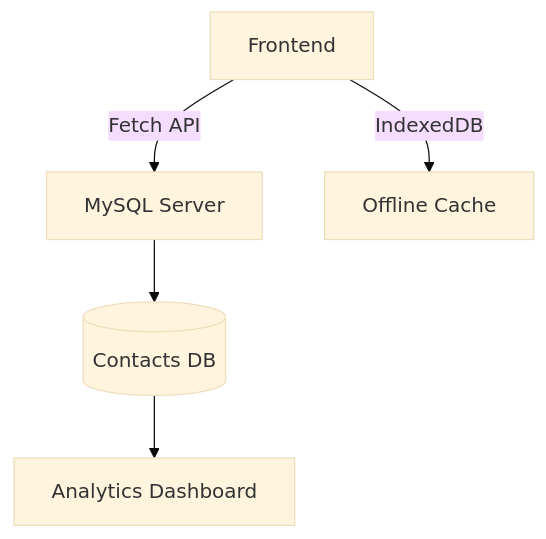
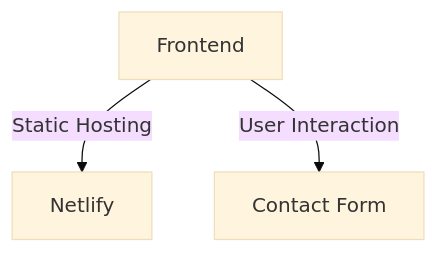
One commit to toshlewi/My-Portfolio changed the diagram in Readme.md. Above: the diagram before and after it, drawn with Mermaid (base theme). The commit also changed other lines of this file and 2 other files, not shown here.

````diff
--- a/Readme.md
+++ b/Readme.md
@@ -15,7 +14,5 @@
 ```mermaid
 graph TD
-    A[Frontend] -->|Fetch API| B[MySQL Server]
-    B --> C[(Contacts DB)]
-    A -->|IndexedDB| D[Offline Cache]
-    C --> E[Analytics Dashboard]
+    A[Frontend] -->|Static Hosting| B[Netlify]
+    A -->|User Interaction| C[Contact Form]
 ```
````
